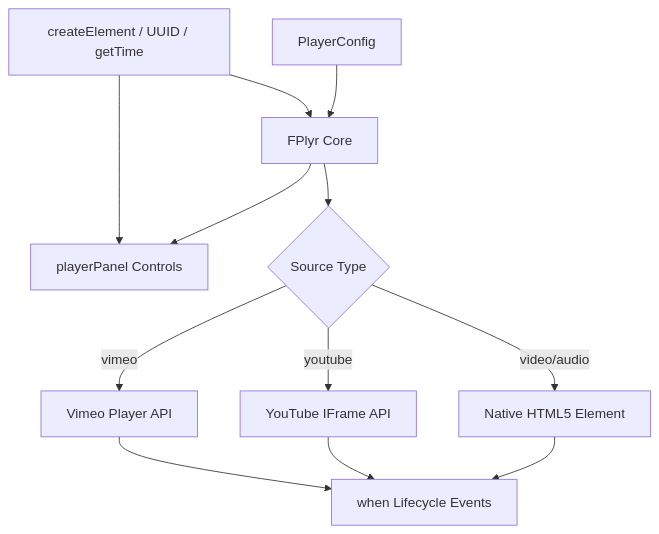
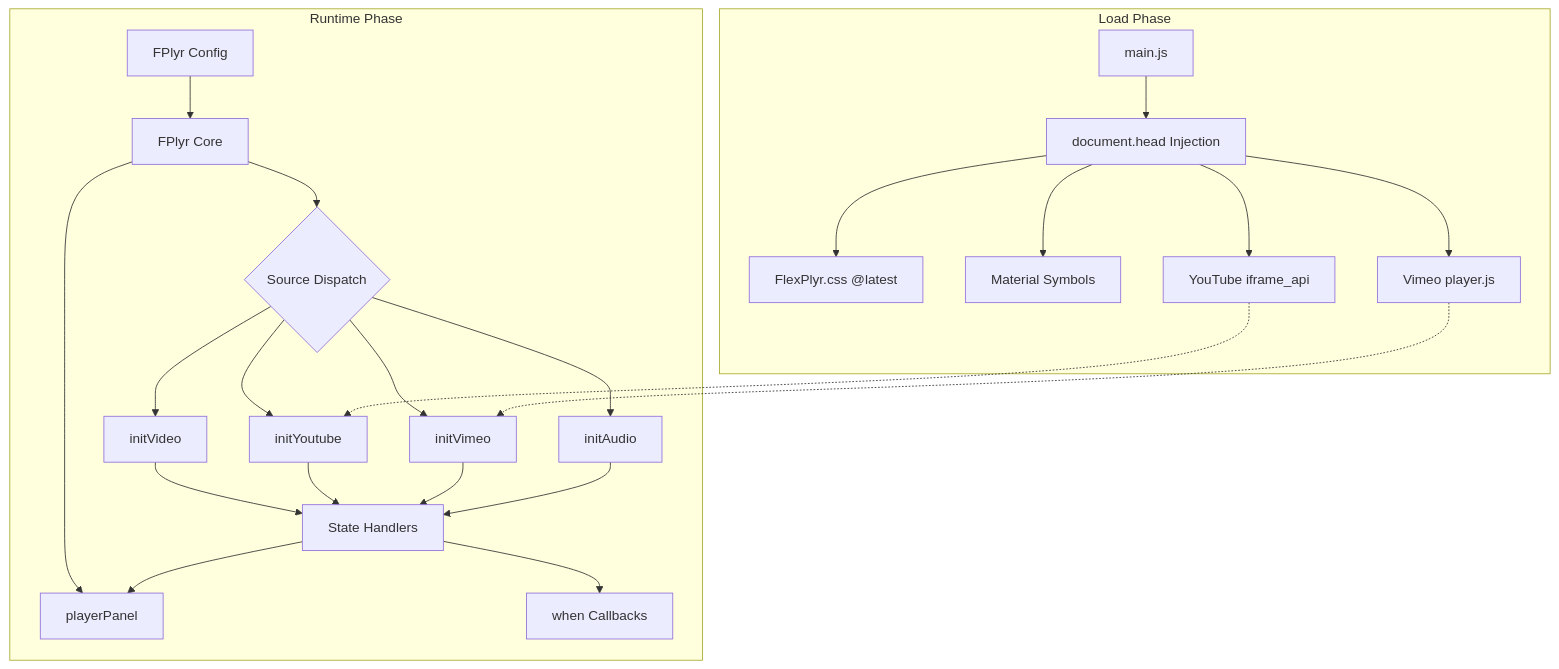
One commit to pardnchiu/FlexPlyr changed the first of 9 diagrams in doc/architecture.md. Above: the diagram before and after it, drawn with Mermaid. The commit also changed other lines of this file and 7 other files, not shown here.

Commit message:
doc: Regenerate bilingual README, doc, and architecture docs from source

````diff
--- a/doc/architecture.md
+++ b/doc/architecture.md
@@ -7,14 +7,26 @@
 ```mermaid
 graph TB
-    A[PlayerConfig] --> B[FPlyr Core]
-    B --> C[playerPanel Controls]
-    B --> D{Source Type}
-    D -->|video/audio| E[Native HTML5 Element]
-    D -->|youtube| F[YouTube IFrame API]
-    D -->|vimeo| G[Vimeo Player API]
-    E --> H[when Lifecycle Events]
-    F --> H
-    G --> H
-    I[createElement / UUID / getTime] --> B
-    I --> C
+    subgraph Load Phase
+        M[main.js] --> HEAD["document.head Injection"]
+        HEAD --> CSS[FlexPlyr.css @latest]
+        HEAD --> ICON[Material Symbols]
+        HEAD --> YTSDK[YouTube iframe_api]
+        HEAD --> VMSDK[Vimeo player.js]
+    end
+
+    subgraph Runtime Phase
+        CFG[FPlyr Config] --> CORE[FPlyr Core]
+        CORE --> DISPATCH{Source Dispatch}
+        DISPATCH --> V[initVideo]
+        DISPATCH --> Y[initYoutube]
+        DISPATCH --> VM[initVimeo]
+        DISPATCH --> A[initAudio]
+        CORE --> PANEL[playerPanel]
+        V & Y & VM & A --> STATE[State Handlers]
+        STATE --> PANEL
+        STATE --> WHEN[when Callbacks]
+    end
+
+    YTSDK -.-> Y
+    VMSDK -.-> VM
 ```
````
